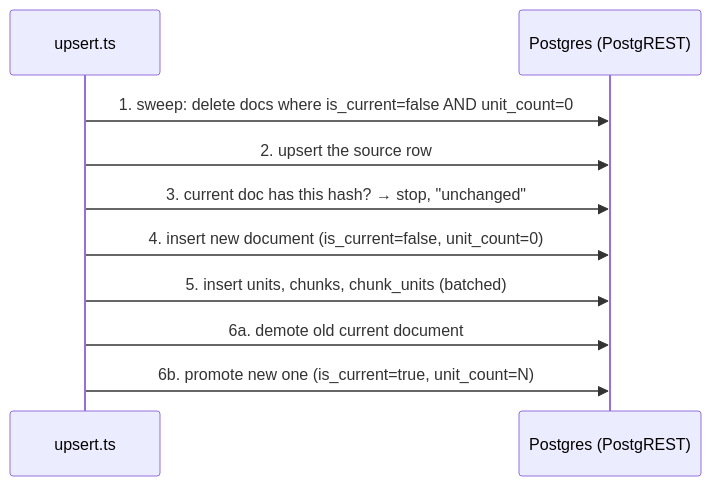
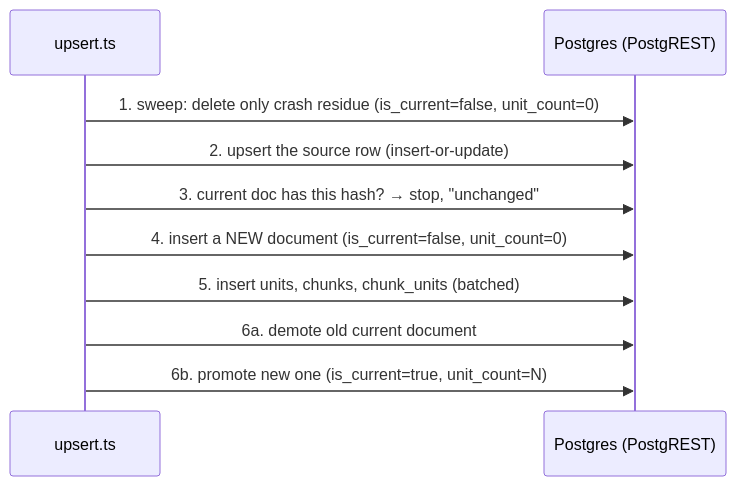
Before and after one commit to ancsingabor/apologia: the second of 2 diagrams in docs/guide/04-ingestion.md, drawn with Mermaid. The commit also changed other lines of this file and 1 other file, not shown here.

First line of the commit message:
docs(guide/04): define "upsert", and say plainly that nothing finished is deleted

````diff
--- a/docs/guide/04-ingestion.md
+++ b/docs/guide/04-ingestion.md
@@ -65,12 +75,12 @@
 ```mermaid
 sequenceDiagram
   participant CLI as upsert.ts
   participant DB as Postgres (PostgREST)
-  CLI->>DB: 1. sweep: delete docs where is_current=false AND unit_count=0
-  CLI->>DB: 2. upsert the source row
+  CLI->>DB: 1. sweep: delete only crash residue (is_current=false, unit_count=0)
+  CLI->>DB: 2. upsert the source row (insert-or-update)
   CLI->>DB: 3. current doc has this hash? → stop, "unchanged"
-  CLI->>DB: 4. insert new document (is_current=false, unit_count=0)
+  CLI->>DB: 4. insert a NEW document (is_current=false, unit_count=0)
   CLI->>DB: 5. insert units, chunks, chunk_units (batched)
   CLI->>DB: 6a. demote old current document
   CLI->>DB: 6b. promote new one (is_current=true, unit_count=N)
 ```
````
